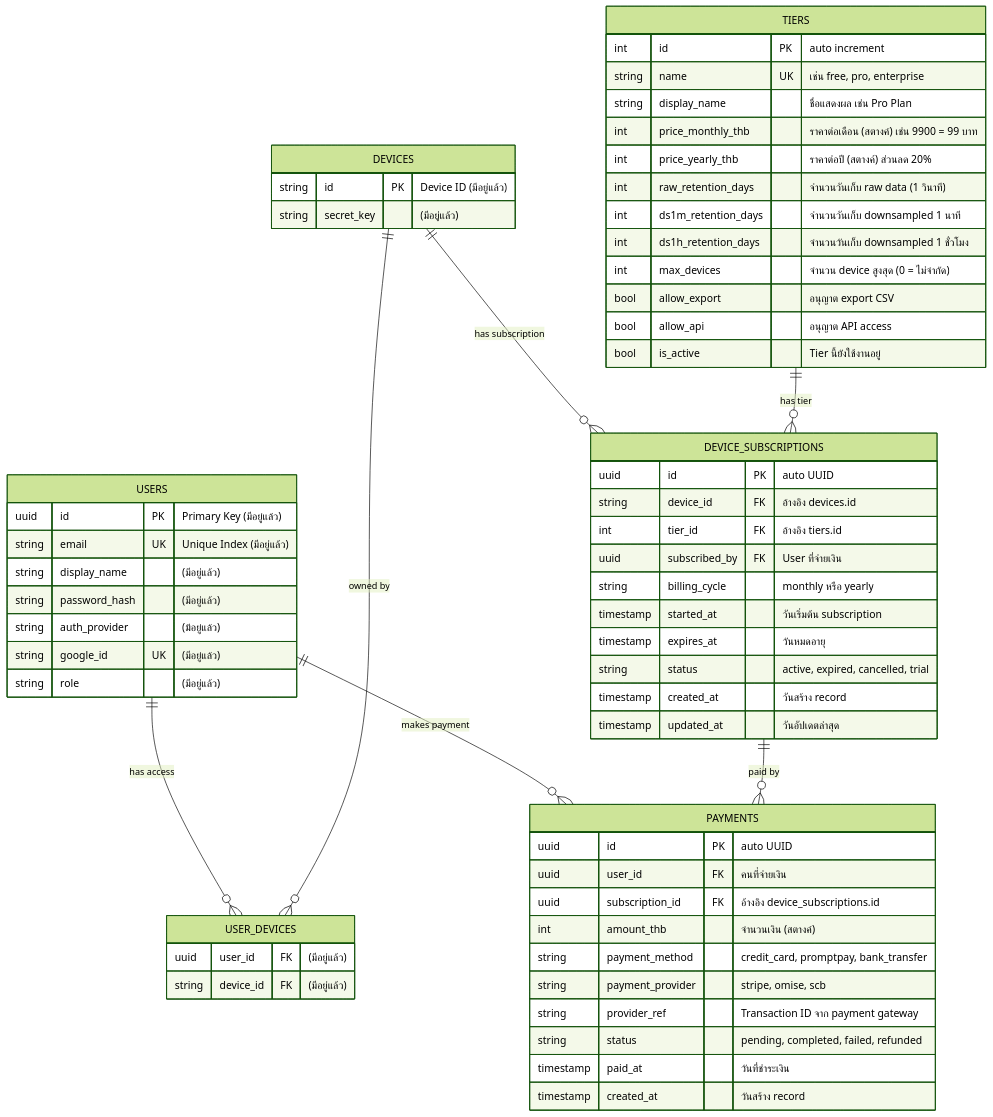
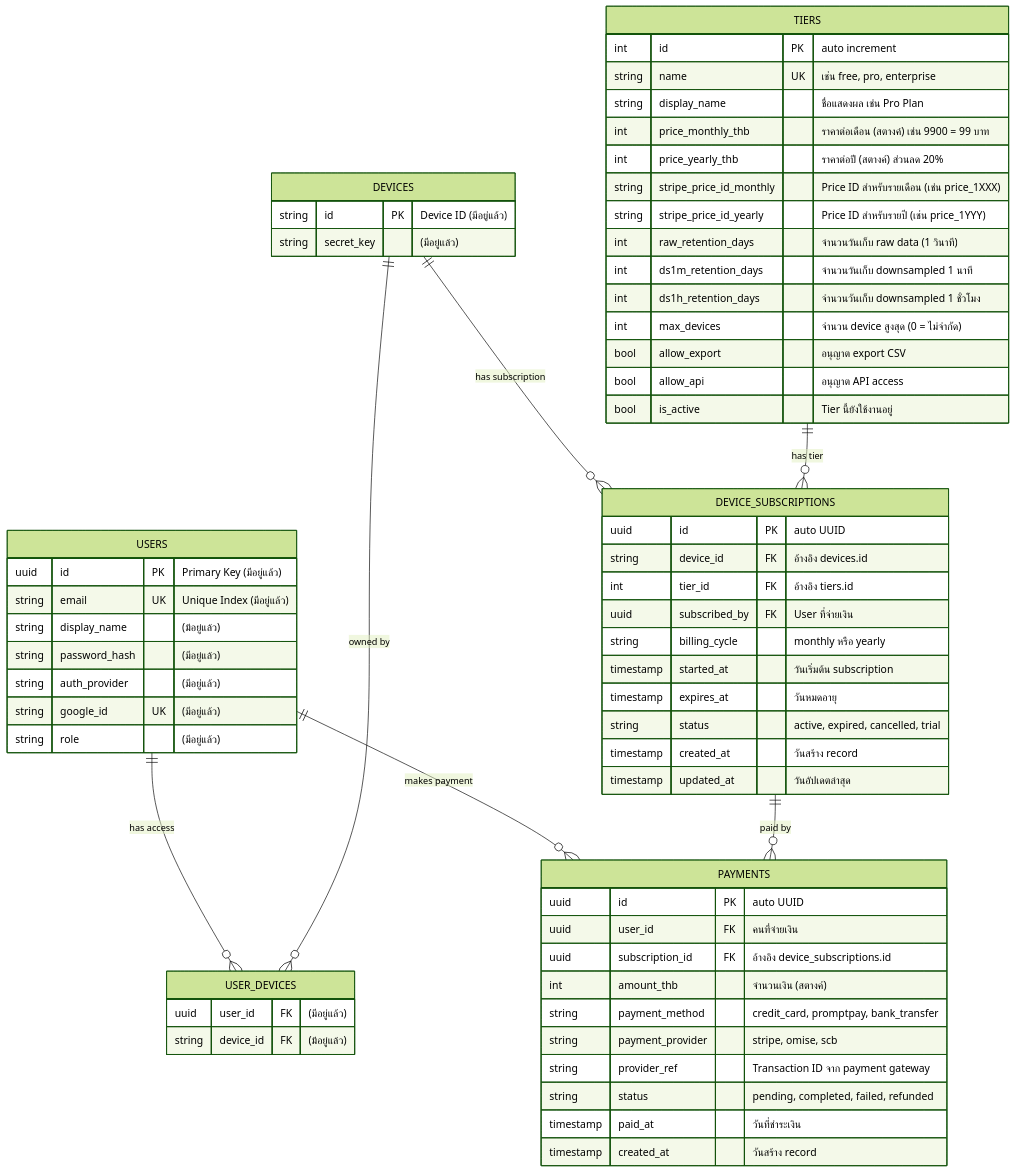
Before and after one commit to u65042380107/share: diagram 16 of 30 in BILLING_AND_TIERS_SYSTEM.md, drawn with Mermaid (forest theme). The commit also changed other lines of this file, not shown here.

````diff
--- a/BILLING_AND_TIERS_SYSTEM.md
+++ b/BILLING_AND_TIERS_SYSTEM.md
@@ -1003,70 +1003,72 @@
 ```mermaid
 erDiagram
     USERS ||--o{ USER_DEVICES : "has access"
     DEVICES ||--o{ USER_DEVICES : "owned by"
     DEVICES ||--o{ DEVICE_SUBSCRIPTIONS : "has subscription"
     USERS ||--o{ PAYMENTS : "makes payment"
     DEVICE_SUBSCRIPTIONS ||--o{ PAYMENTS : "paid by"
     TIERS ||--o{ DEVICE_SUBSCRIPTIONS : "has tier"
 
     USERS {
         uuid id PK "Primary Key (มีอยู่แล้ว)"
         string email UK "Unique Index (มีอยู่แล้ว)"
         string display_name "(มีอยู่แล้ว)"
         string password_hash "(มีอยู่แล้ว)"
         string auth_provider "(มีอยู่แล้ว)"
         string google_id UK "(มีอยู่แล้ว)"
         string role "(มีอยู่แล้ว)"
     }
 
     DEVICES {
         string id PK "Device ID (มีอยู่แล้ว)"
         string secret_key "(มีอยู่แล้ว)"
     }
 
     TIERS {
         int id PK "auto increment"
         string name UK "เช่น free, pro, enterprise"
         string display_name "ชื่อแสดงผล เช่น Pro Plan"
         int price_monthly_thb "ราคาต่อเดือน (สตางค์) เช่น 9900 = 99 บาท"
         int price_yearly_thb "ราคาต่อปี (สตางค์) ส่วนลด 20%"
+        string stripe_price_id_monthly "Price ID สำหรับรายเดือน (เช่น price_1XXX)"
+        string stripe_price_id_yearly "Price ID สำหรับรายปี (เช่น price_1YYY)"
         int raw_retention_days "จำนวนวันเก็บ raw data (1 วินาที)"
         int ds1m_retention_days "จำนวนวันเก็บ downsampled 1 นาที"
         int ds1h_retention_days "จำนวนวันเก็บ downsampled 1 ชั่วโมง"
         int max_devices "จำนวน device สูงสุด (0 = ไม่จำกัด)"
         bool allow_export "อนุญาต export CSV"
         bool allow_api "อนุญาต API access"
         bool is_active "Tier นี้ยังใช้งานอยู่"
     }
 
     DEVICE_SUBSCRIPTIONS {
         uuid id PK "auto UUID"
         string device_id FK "อ้างอิง devices.id"
         int tier_id FK "อ้างอิง tiers.id"
         uuid subscribed_by FK "User ที่จ่ายเงิน"
         string billing_cycle "monthly หรือ yearly"
         timestamp started_at "วันเริ่มต้น subscription"
         timestamp expires_at "วันหมดอายุ"
         string status "active, expired, cancelled, trial"
         timestamp created_at "วันสร้าง record"
         timestamp updated_at "วันอัปเดตล่าสุด"
     }
 
     PAYMENTS {
         uuid id PK "auto UUID"
         uuid user_id FK "คนที่จ่ายเงิน"
         uuid subscription_id FK "อ้างอิง device_subscriptions.id"
         int amount_thb "จำนวนเงิน (สตางค์)"
         string payment_method "credit_card, promptpay, bank_transfer"
         string payment_provider "stripe, omise, scb"
         string provider_ref "Transaction ID จาก payment gateway"
         string status "pending, completed, failed, refunded"
         timestamp paid_at "วันที่ชำระเงิน"
         timestamp created_at "วันสร้าง record"
     }
 
     USER_DEVICES {
         uuid user_id FK "(มีอยู่แล้ว)"
         string device_id FK "(มีอยู่แล้ว)"
     }
 ```
````
